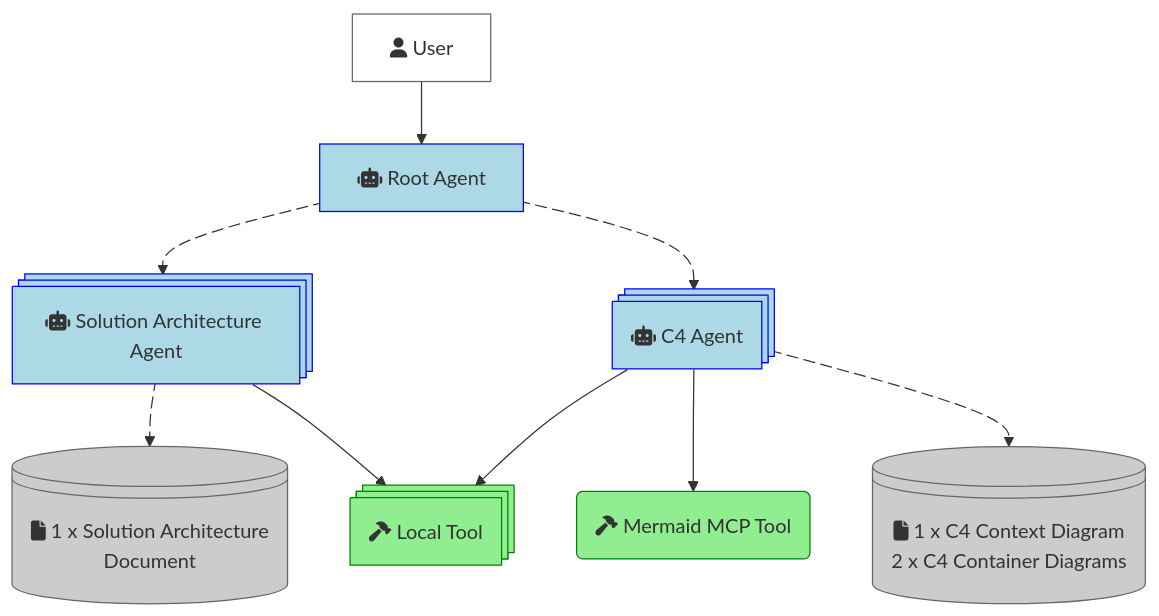
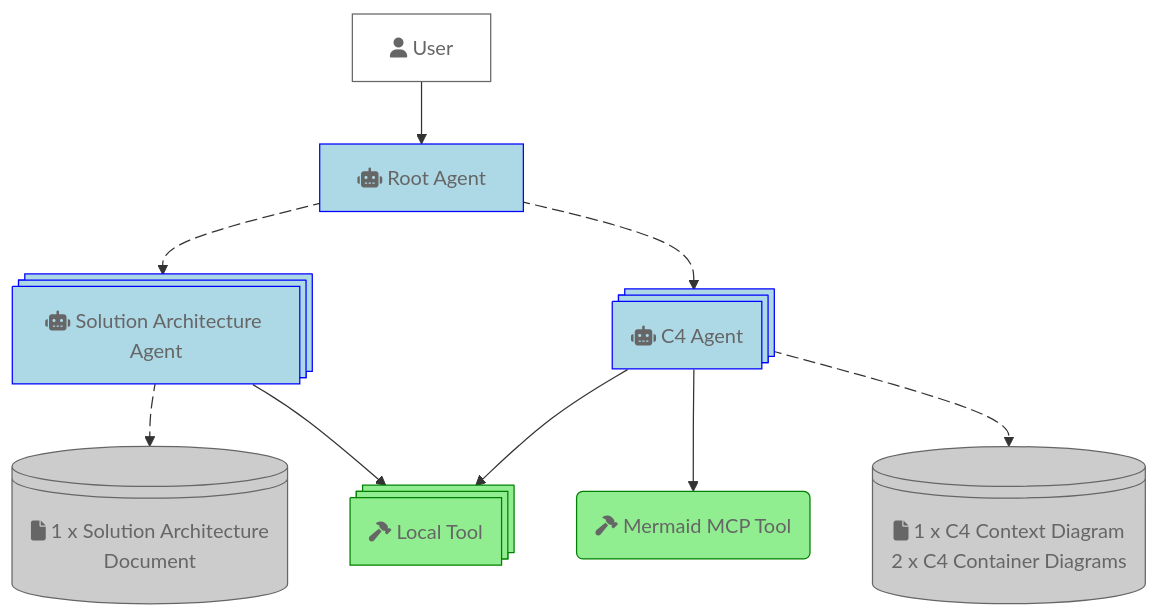
Before and after one commit to choonchernlim/keep-my-job-app: the diagram in README.md, drawn with Mermaid.

Commit message:
Update architecture diagram in README.md to enhance clarity and detail

````diff
--- a/README.md
+++ b/README.md
@@ -20,30 +20,30 @@
 ```mermaid
 flowchart TD
     U["fa:fa-user User"]:::userClass
     AR["fa:fa-robot Root Agent"]:::agentClass
     AS:::agentClass@{ shape: processes, label: "fa:fa-robot Solution Architecture Agent" }
     AC:::agentClass@{ shape: processes, label: "fa:fa-robot C4 Agent" }
     DM:::artifactClass@{ shape: lin-cyl, label: "fa:fa-file 1 x Solution Architecture\nDocument" }
     DD:::artifactClass@{ shape: lin-cyl, label: "fa:fa-file 1 x C4 Context Diagram \n 2 x C4 Container Diagrams" }
     TL:::toolClass@{ shape: processes, label: "fa:fa-hammer Local Tool" }
     TM("fa:fa-hammer Mermaid MCP Tool"):::toolClass
     
     U-->AR
     AR e1@--> AS
     AR e2@--> AC
     AS e3@--> DM
     AS --> TL
     AC --> TL
     AC --> TM
     AC e4@--> DD
     
     e1@{ animate: true }
     e2@{ animate: true }
     e3@{ animate: true }
     e4@{ animate: true }
-    
-    classDef userClass fill:#FFFFFF,stroke:#666666
-    classDef agentClass fill:lightblue,stroke:blue
-    classDef toolClass fill:lightgreen,stroke:green
-    classDef artifactClass fill:#CCCCCC,stroke:#666666
+
+    classDef userClass fill:#FFFFFF,stroke:#666666,color:#666666
+    classDef agentClass fill:lightblue,stroke:blue,color:#666666
+    classDef toolClass fill:lightgreen,stroke:green,color:#666666
+    classDef artifactClass fill:#CCCCCC,stroke:#666666,color:#666666
 ```
````
